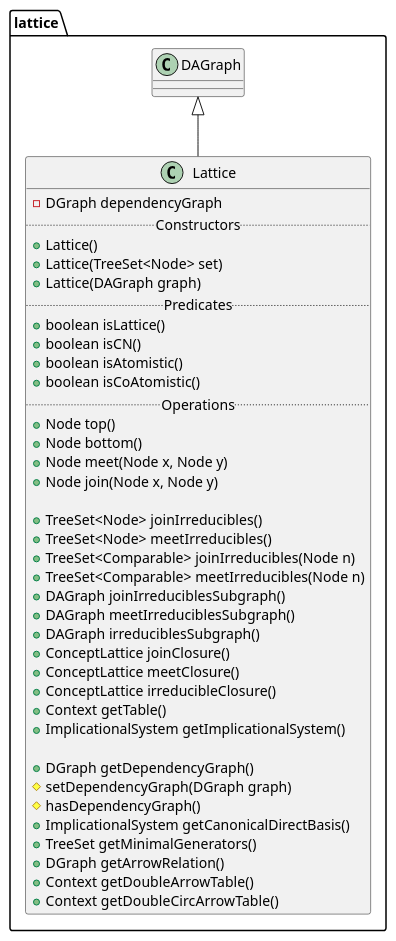
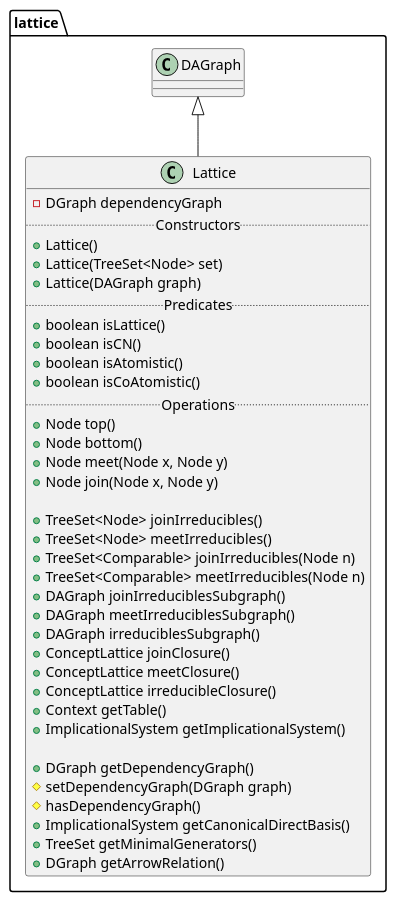
The diagram in src/lattice/Lattice.iuml (thegalactic/java-lattices), drawn with PlantUML before and after one commit. The commit also changed 21 other files, not shown here.

```diff
--- a/src/lattice/Lattice.iuml
+++ b/src/lattice/Lattice.iuml
@@ -1,43 +1,41 @@
 package lattice {
     class Lattice {
         -DGraph dependencyGraph
         .. Constructors ..
         +Lattice()
         +Lattice(TreeSet<Node> set)
         +Lattice(DAGraph graph)
         .. Predicates ..
         +boolean isLattice()
         +boolean isCN()
         +boolean isAtomistic()
         +boolean isCoAtomistic()
         .. Operations ..
         +Node top()
         +Node bottom()
         +Node meet(Node x, Node y)
         +Node join(Node x, Node y)
 
         +TreeSet<Node> joinIrreducibles()
         +TreeSet<Node> meetIrreducibles()
         +TreeSet<Comparable> joinIrreducibles(Node n)
         +TreeSet<Comparable> meetIrreducibles(Node n)
         +DAGraph joinIrreduciblesSubgraph()
         +DAGraph meetIrreduciblesSubgraph()
         +DAGraph irreduciblesSubgraph()
         +ConceptLattice joinClosure()
         +ConceptLattice meetClosure()
         +ConceptLattice irreducibleClosure()
         +Context getTable()
         +ImplicationalSystem getImplicationalSystem()
 
         +DGraph getDependencyGraph()
         #setDependencyGraph(DGraph graph)
         #hasDependencyGraph()
         +ImplicationalSystem getCanonicalDirectBasis()
         +TreeSet getMinimalGenerators()
         +DGraph getArrowRelation()
-        +Context getDoubleArrowTable()
-        +Context getDoubleCircArrowTable()
     }
 
     DAGraph <|-- Lattice
 }
```
